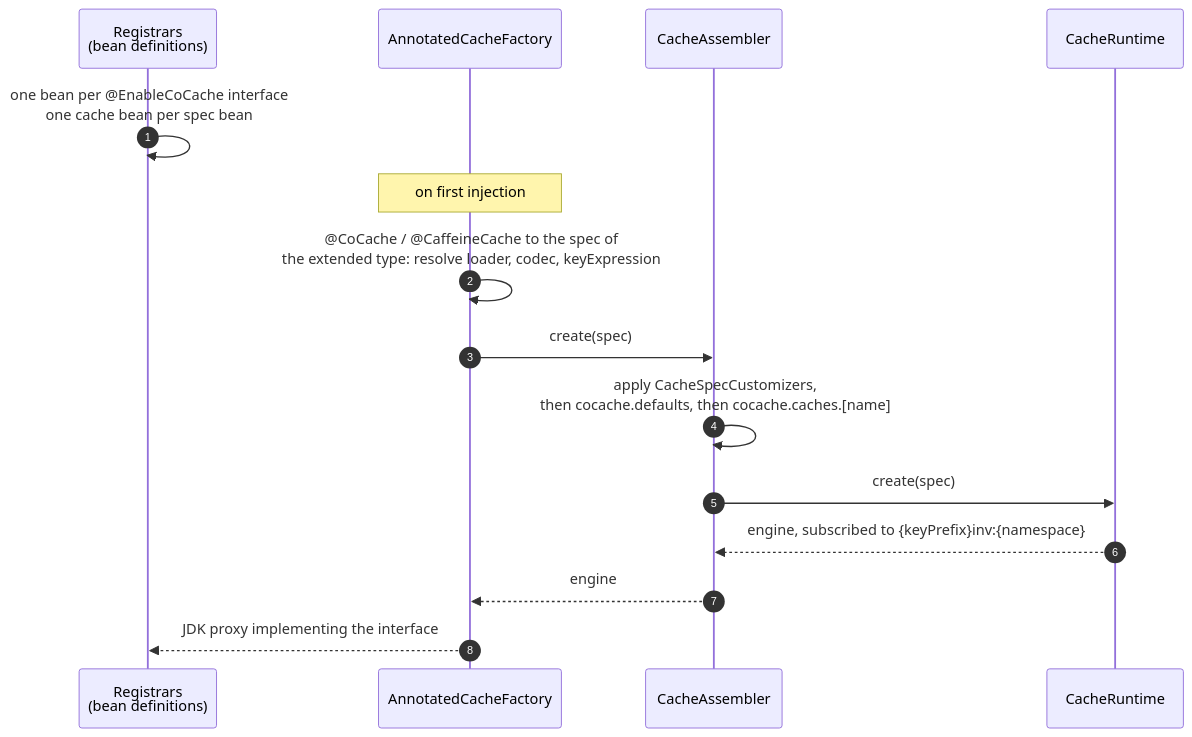
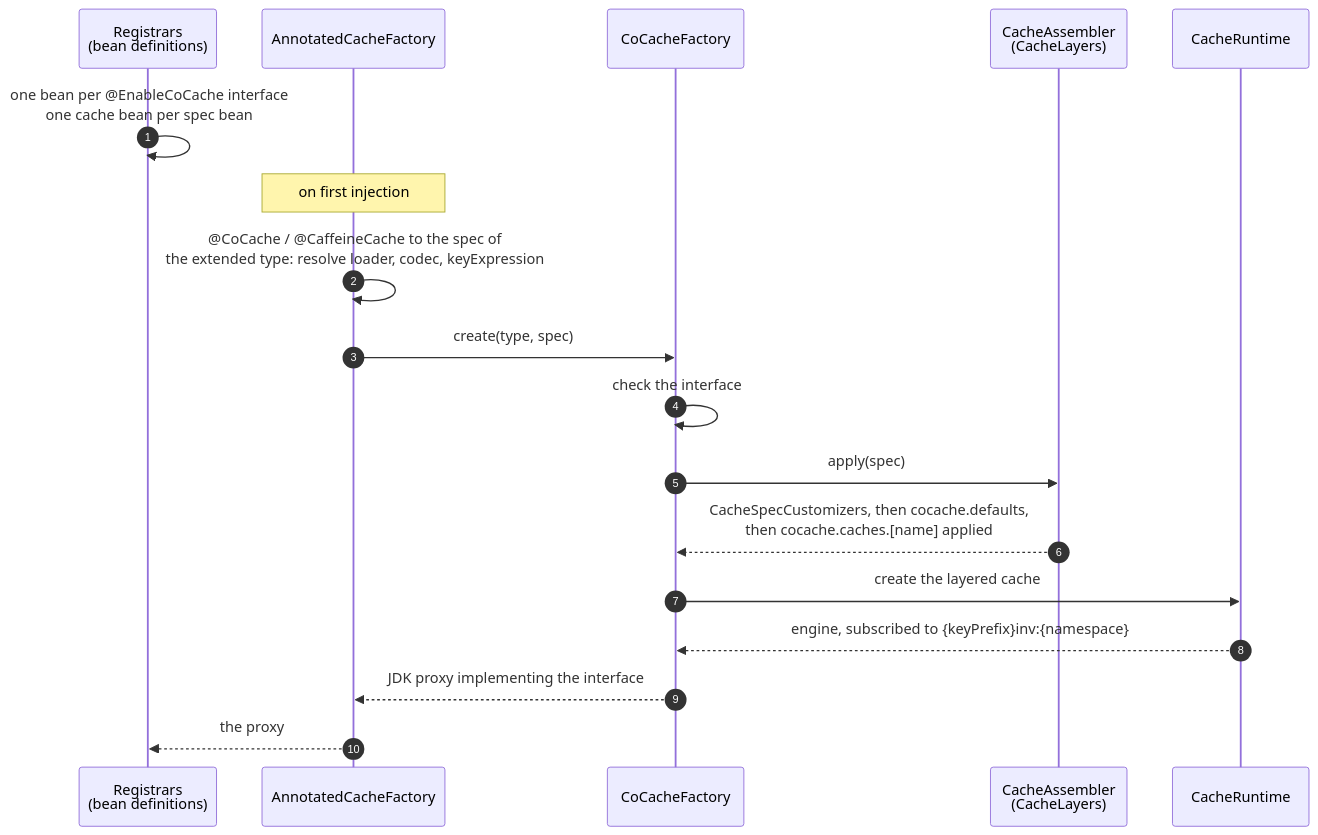
One commit to Ahoo-Wang/CoCache changed the second of 2 diagrams in wiki/architecture/index.md. Above: the diagram before and after it, drawn with Mermaid. The commit also changed other lines of this file and 35 other files, not shown here.

First line of the commit message:
feat!: add CoCacheFactory

````diff
--- a/wiki/architecture/index.md
+++ b/wiki/architecture/index.md
@@ -97,17 +97,20 @@
 ```mermaid
 sequenceDiagram
     autonumber
     participant Reg as Registrars<br>(bean definitions)
     participant Fac as AnnotatedCacheFactory
-    participant Asm as CacheAssembler
+    participant F as CoCacheFactory
+    participant Asm as CacheAssembler<br>(CacheLayers)
     participant RT as CacheRuntime
     Reg->>Reg: one bean per @EnableCoCache interface<br>one cache bean per spec bean
     Note over Fac: on first injection
     Fac->>Fac: @CoCache / @CaffeineCache to the spec of<br>the extended type: resolve loader, codec, keyExpression
-    Fac->>Asm: create(spec)
-    Asm->>Asm: apply CacheSpecCustomizers,<br>then cocache.defaults, then cocache.caches.[name]
-    Asm->>RT: create(spec)
-    RT-->>Asm: engine, subscribed to {keyPrefix}inv:{namespace}
-    Asm-->>Fac: engine
-    Fac-->>Reg: JDK proxy implementing the interface
+    Fac->>F: create(type, spec)
+    F->>F: check the interface
+    F->>Asm: apply(spec)
+    Asm-->>F: CacheSpecCustomizers, then cocache.defaults,<br>then cocache.caches.[name] applied
+    F->>RT: create the layered cache
+    RT-->>F: engine, subscribed to {keyPrefix}inv:{namespace}
+    F-->>Fac: JDK proxy implementing the interface
+    Fac-->>Reg: the proxy
 ```
````
